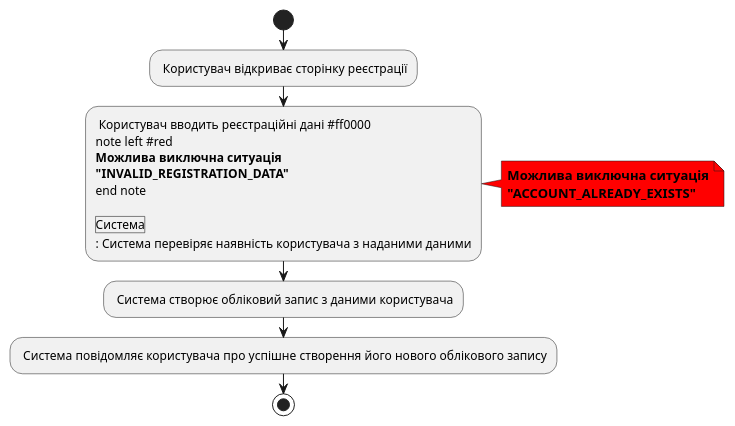
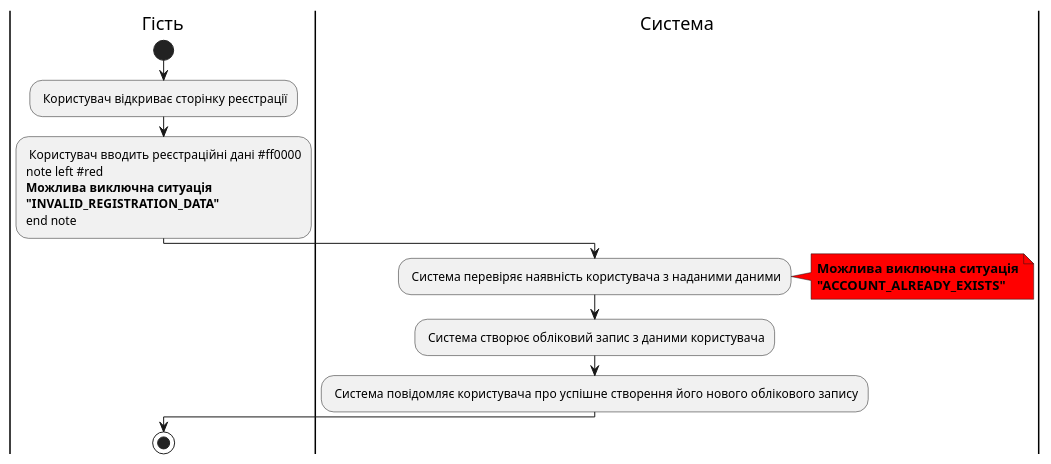
The fifth of 6 diagrams in docs/use_cases.md (zhkcll/lab6), drawn with PlantUML before and after one commit.

````diff
--- a/docs/use_cases.md
+++ b/docs/use_cases.md
@@ -135,26 +135,26 @@
 ```plantuml
 @startuml
 
 |Гість|
 start
 : Користувач відкриває сторінку реєстрації;
 : Користувач вводить реєстраційні дані #ff0000
 note left #red
 <b>Можлива виключна ситуація</b>
 <b>"INVALID_REGISTRATION_DATA"</b>
-end note
+end note;
 
 |Система|
 : Система перевіряє наявність користувача з наданими даними;
 note right #ff0000
 <b>Можлива виключна ситуація</b>
 <b>"ACCOUNT_ALREADY_EXISTS"</b>
 end note
 : Система створює обліковий запис з даними користувача;
 : Система повідомляє користувача про успішне створення його нового облікового запису;
 
 |Гість|
 stop
 
 @enduml
 ```
````
